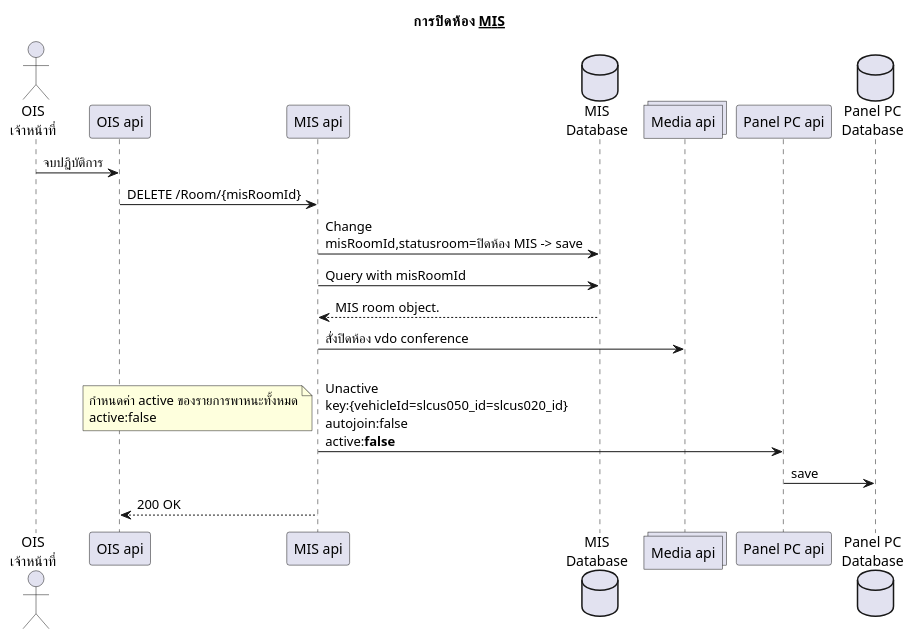
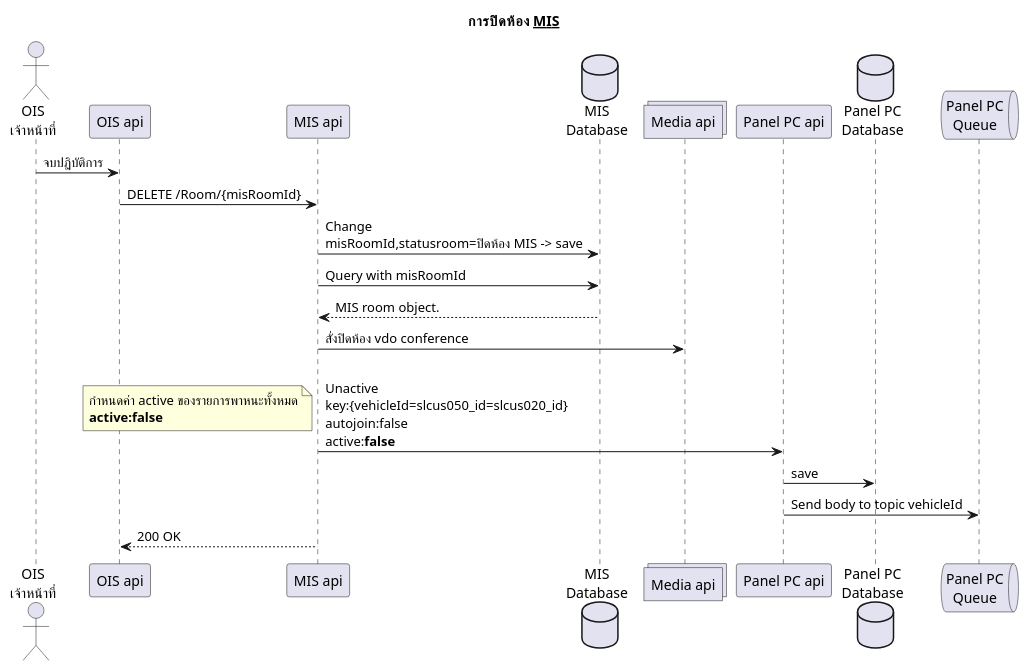
Before and after one commit to lionants02/mis-api-doc: the diagram in uml/new_delete_mis.plantuml, drawn with PlantUML. The commit also changed 4 other files, not shown here.

```diff
--- a/uml/new_delete_mis.plantuml
+++ b/uml/new_delete_mis.plantuml
@@ -1,22 +1,23 @@
 @startuml
 Title การปิดห้อง __MIS__
   actor "OIS\nเจ้าหน้าที่" as OIS
   OIS -> "OIS api": จบปฏิบัติการ
   "OIS api"-> "MIS api": DELETE /Room/{misRoomId}
 
   database "MIS\nDatabase" as misdb
   "MIS api" -> misdb: Change\nmisRoomId,statusroom=ปิดห้อง MIS -> save
   "MIS api" -> misdb: Query with misRoomId
   "MIS api" <-- misdb: MIS room object.
 
   collections "Media api" as MediaApi
   "MIS api" -> MediaApi: สั่งปิดห้อง vdo conference
 
   "MIS api" -> "Panel PC api": \nUnactive\nkey:{vehicleId=slcus050_id=slcus020_id}\nautojoin:false\nactive:**false**
-  note left: กำหนดค่า active ของรายการพาหนะทั้งหมด\nactive:false
+  note left: กำหนดค่า active ของรายการพาหนะทั้งหมด\n**active:false**
   database "Panel PC\nDatabase" as paneldb
   "Panel PC api" -> paneldb: save
-
+  queue "Panel PC\nQueue" as panelq
+  "Panel PC api" -> panelq: Send body to topic vehicleId
   "OIS api" <-- "MIS api": 200 OK
 
 @enduml
```
